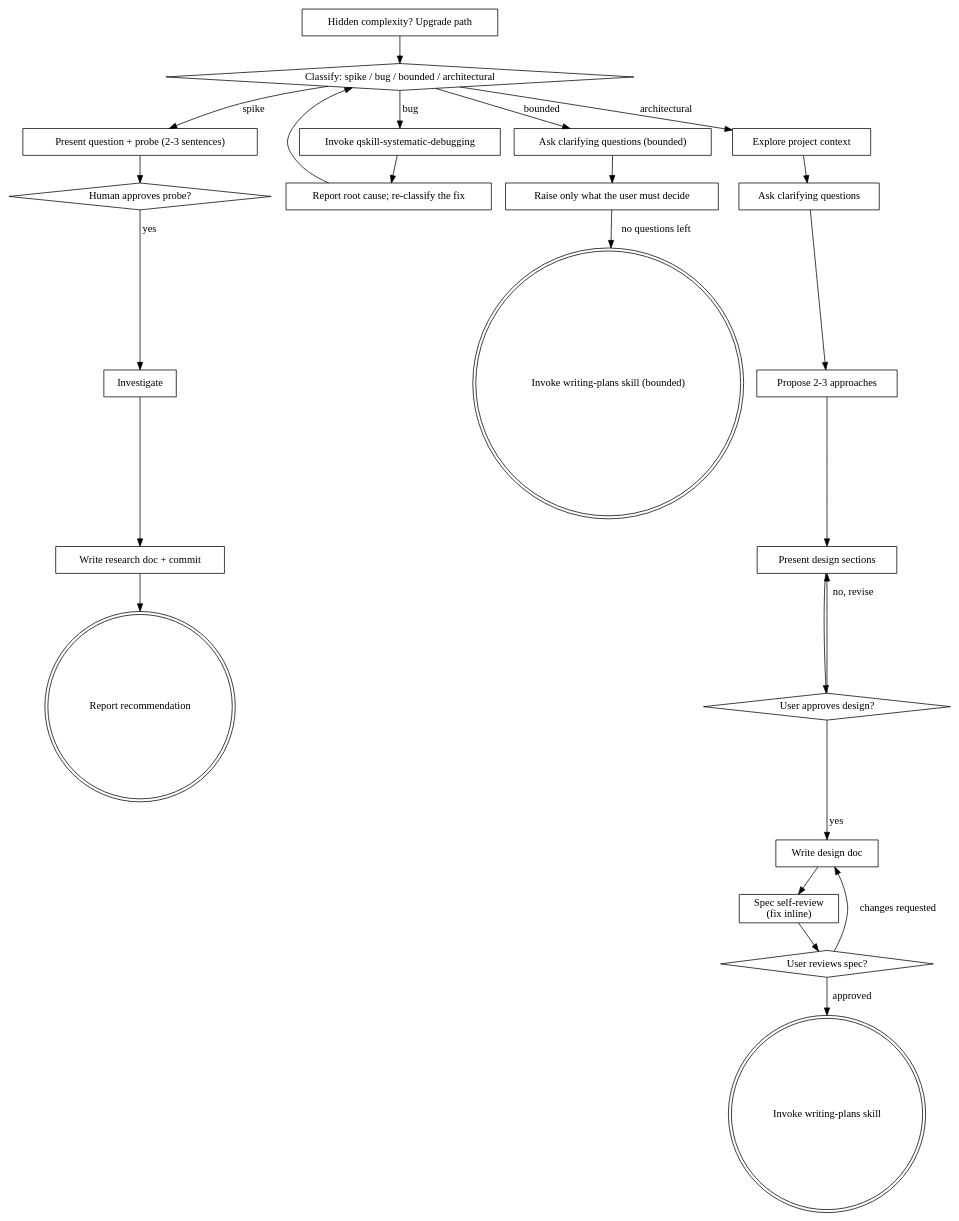
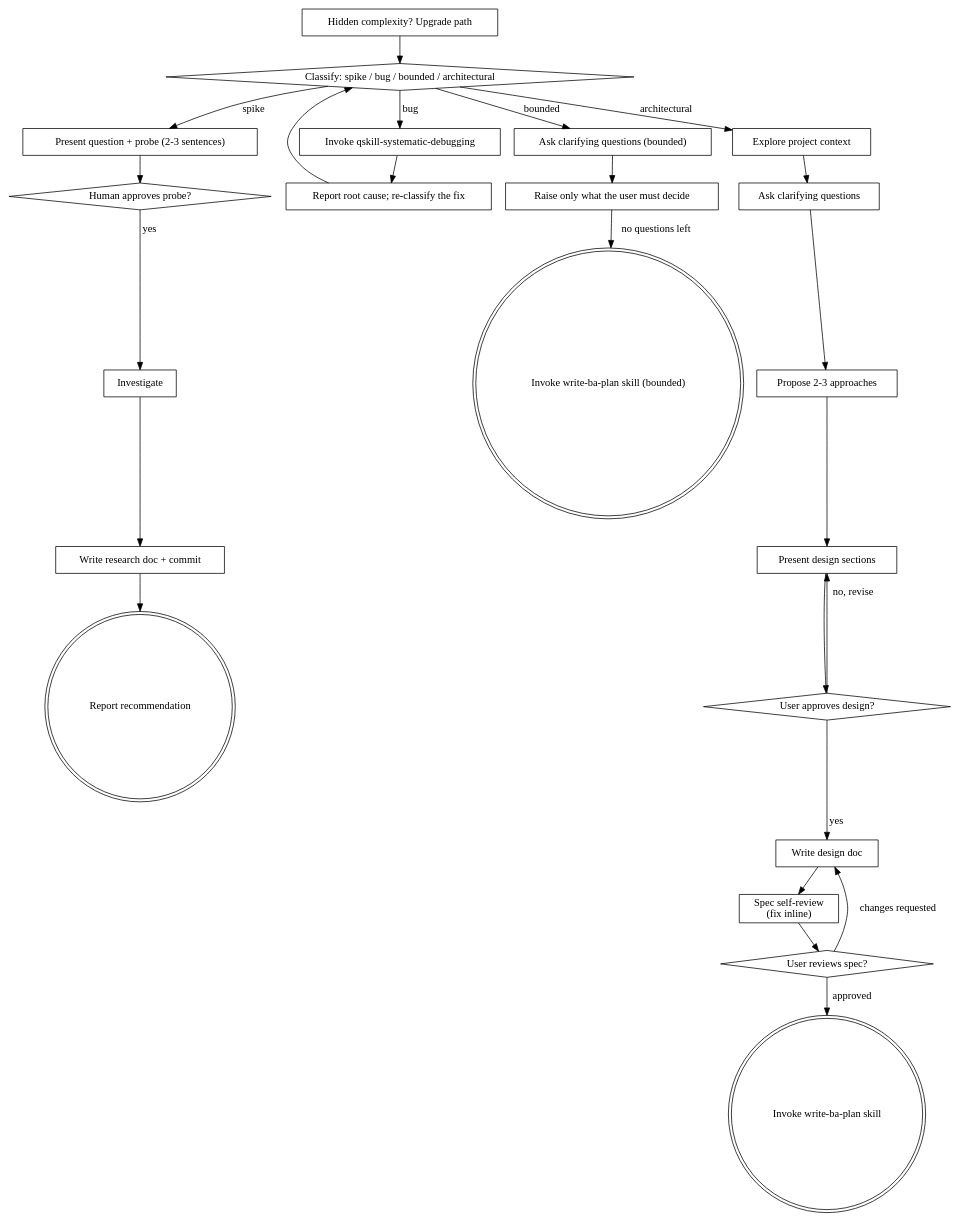
One commit to nguyenhoangquan1511-dot/agent-skill changed the diagram in skills/qskill-brainstorming/SKILL.md. Above: the diagram before and after it, drawn with Graphviz. The commit also changed other lines of this file and 8 other files, not shown here.

First line of the commit message:
[chore-2026-09-09] Add qskill-write-ba-plan and point the pipeline at it

````diff
--- a/skills/qskill-brainstorming/SKILL.md
+++ b/skills/qskill-brainstorming/SKILL.md
@@ -198,49 +198,49 @@
 ```dot
 digraph brainstorming {
     "Classify: spike / bug / bounded / architectural" [shape=diamond];
     "Invoke qskill-systematic-debugging" [shape=box];
     "Report root cause; re-classify the fix" [shape=box];
     "Present question + probe (2-3 sentences)" [shape=box];
     "Ask clarifying questions (bounded)" [shape=box];
     "Raise only what the user must decide" [shape=box];
-    "Invoke writing-plans skill (bounded)" [shape=doublecircle];
+    "Invoke write-ba-plan skill (bounded)" [shape=doublecircle];
     "Human approves probe?" [shape=diamond];
     "Investigate" [shape=box];
     "Write research doc + commit" [shape=box];
     "Report recommendation" [shape=doublecircle];
     "Explore project context" [shape=box];
     "Ask clarifying questions" [shape=box];
     "Propose 2-3 approaches" [shape=box];
     "Present design sections" [shape=box];
     "User approves design?" [shape=diamond];
     "Write design doc" [shape=box];
     "Spec self-review\n(fix inline)" [shape=box];
     "User reviews spec?" [shape=diamond];
-    "Invoke writing-plans skill" [shape=doublecircle];
+    "Invoke write-ba-plan skill" [shape=doublecircle];
     "Hidden complexity? Upgrade path" [shape=box];
 
     "Classify: spike / bug / bounded / architectural" -> "Present question + probe (2-3 sentences)" [label="spike"];
     "Classify: spike / bug / bounded / architectural" -> "Invoke qskill-systematic-debugging" [label="bug"];
     "Classify: spike / bug / bounded / architectural" -> "Ask clarifying questions (bounded)" [label="bounded"];
     "Classify: spike / bug / bounded / architectural" -> "Explore project context" [label="architectural"];
     "Invoke qskill-systematic-debugging" -> "Report root cause; re-classify the fix";
     "Report root cause; re-classify the fix" -> "Classify: spike / bug / bounded / architectural";
     "Present question + probe (2-3 sentences)" -> "Human approves probe?";
     "Ask clarifying questions (bounded)" -> "Raise only what the user must decide";
-    "Raise only what the user must decide" -> "Invoke writing-plans skill (bounded)" [label="no questions left"];
+    "Raise only what the user must decide" -> "Invoke write-ba-plan skill (bounded)" [label="no questions left"];
     "Human approves probe?" -> "Investigate" [label="yes"];
     "Investigate" -> "Write research doc + commit";
     "Write research doc + commit" -> "Report recommendation";
     "Hidden complexity? Upgrade path" -> "Classify: spike / bug / bounded / architectural";
     "Explore project context" -> "Ask clarifying questions";
     "Ask clarifying questions" -> "Propose 2-3 approaches";
     "Propose 2-3 approaches" -> "Present design sections";
     "Present design sections" -> "User approves design?";
     "User approves design?" -> "Present design sections" [label="no, revise"];
     "User approves design?" -> "Write design doc" [label="yes"];
     "Write design doc" -> "Spec self-review\n(fix inline)";
     "Spec self-review\n(fix inline)" -> "User reviews spec?";
     "User reviews spec?" -> "Write design doc" [label="changes requested"];
-    "User reviews spec?" -> "Invoke writing-plans skill" [label="approved"];
+    "User reviews spec?" -> "Invoke write-ba-plan skill" [label="approved"];
 }
 ```
````
